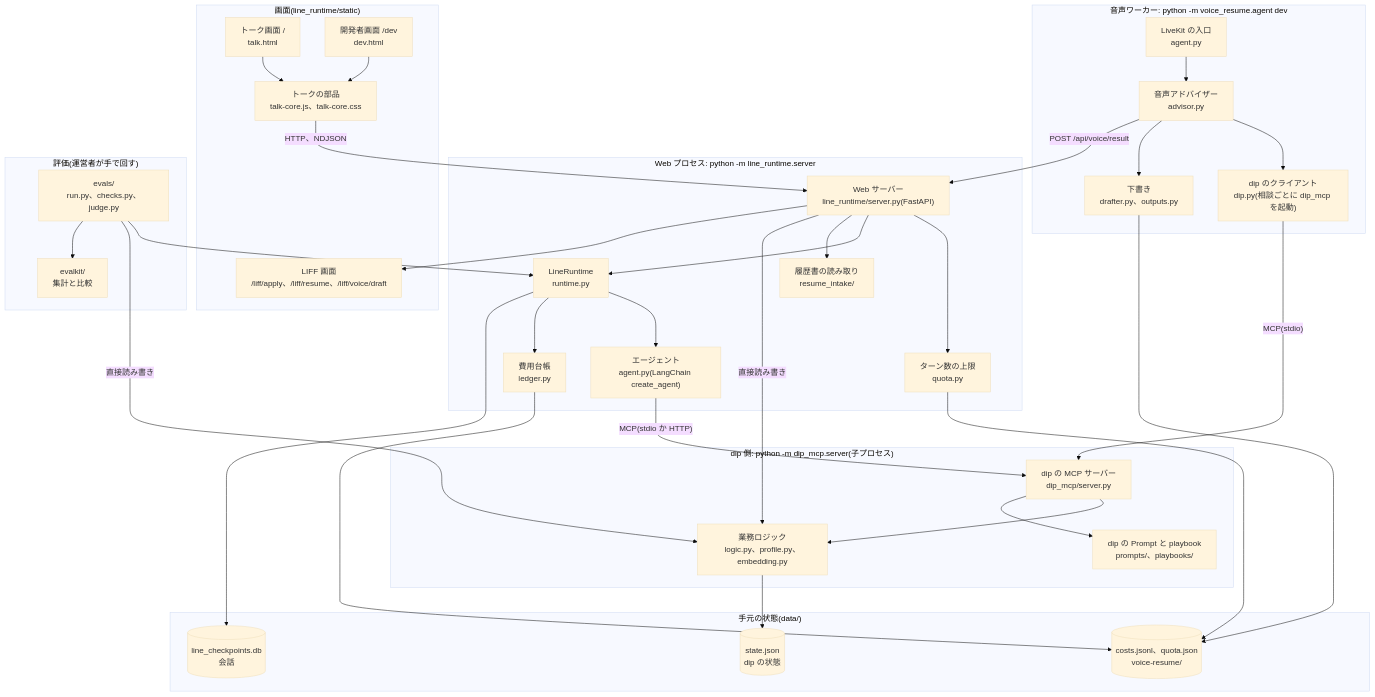
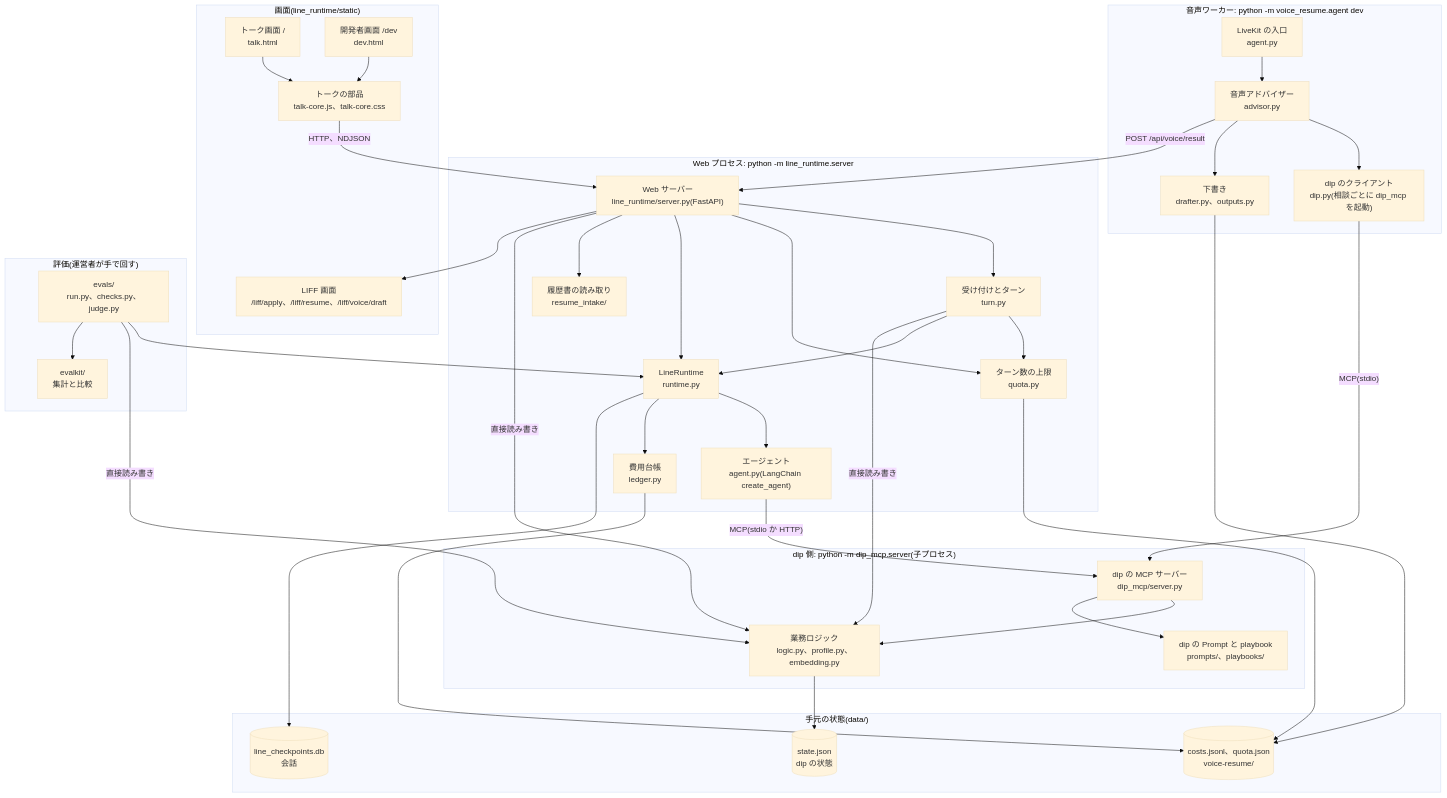
One commit to jyoka/aica changed the second of 8 diagrams in docs/architecture/hld.md. Above: the diagram before and after it, drawn with Mermaid (base theme). The commit also changed other lines of this file and 7 other files, not shown here.

````diff
--- a/docs/architecture/hld.md
+++ b/docs/architecture/hld.md
@@ -79,69 +79,74 @@
 ```mermaid
 flowchart TB
     subgraph screens["画面(line_runtime/static)"]
         talk["トーク画面 /<br/>talk.html"]
         devp["開発者画面 /dev<br/>dev.html"]
         core["トークの部品<br/>talk-core.js、talk-core.css"]
         liff["LIFF 画面<br/>/liff/apply、/liff/resume、/liff/voice/draft"]
     end
 
     subgraph web["Web プロセス: python -m line_runtime.server"]
         server["Web サーバー<br/>line_runtime/server.py(FastAPI)"]
+        turn["受け付けとターン<br/>turn.py"]
         quota["ターン数の上限<br/>quota.py"]
         rt["LineRuntime<br/>runtime.py"]
         agent["エージェント<br/>agent.py(LangChain create_agent)"]
         ledger["費用台帳<br/>ledger.py"]
         intake["履歴書の読み取り<br/>resume_intake/"]
     end
 
     subgraph dip["dip 側: python -m dip_mcp.server(子プロセス)"]
         mcp["dip の MCP サーバー<br/>dip_mcp/server.py"]
         logic["業務ロジック<br/>logic.py、profile.py、embedding.py"]
         content["dip の Prompt と playbook<br/>prompts/、playbooks/"]
     end
 
     subgraph voice["音声ワーカー: python -m voice_resume.agent dev"]
         worker["LiveKit の入口<br/>agent.py"]
         advisor["音声アドバイザー<br/>advisor.py"]
         vdip["dip のクライアント<br/>dip.py(相談ごとに dip_mcp を起動)"]
         drafter["下書き<br/>drafter.py、outputs.py"]
     end
 
     subgraph evalp["評価(運営者が手で回す)"]
         evals["evals/<br/>run.py、checks.py、judge.py"]
         evalkit["evalkit/<br/>集計と比較"]
     end
 
     subgraph store["手元の状態(data/)"]
         state[("state.json<br/>dip の状態")]
         ckpt[("line_checkpoints.db<br/>会話")]
         files[("costs.jsonl、quota.json<br/>voice-resume/")]
     end
 
     talk --> core
     devp --> core
     core -- "HTTP、NDJSON" --> server
+    server --> turn
+    turn --> quota
+    turn --> rt
+    turn -- "直接読み書き" --> logic
     server --> quota
     server --> rt
     server --> intake
     server -- "直接読み書き" --> logic
     server --> liff
     rt --> agent
     rt --> ledger
     agent -- "MCP(stdio か HTTP)" --> mcp
     mcp --> logic
     mcp --> content
     logic --> state
     rt --> ckpt
     ledger --> files
     quota --> files
     worker --> advisor
     advisor --> vdip
     vdip -- "MCP(stdio)" --> mcp
     advisor --> drafter
     drafter --> files
     advisor -- "POST /api/voice/result" --> server
     evals --> rt
     evals -- "直接読み書き" --> logic
     evals --> evalkit
 ```
````
